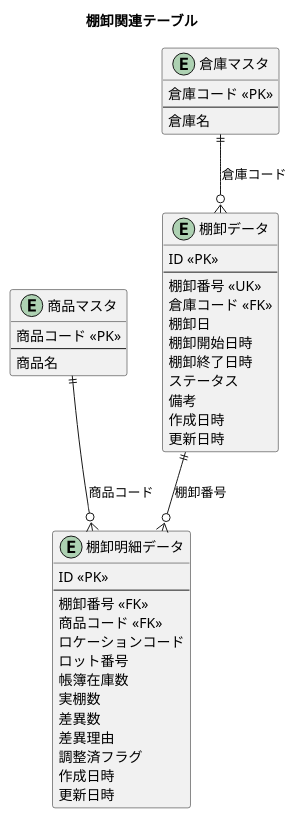
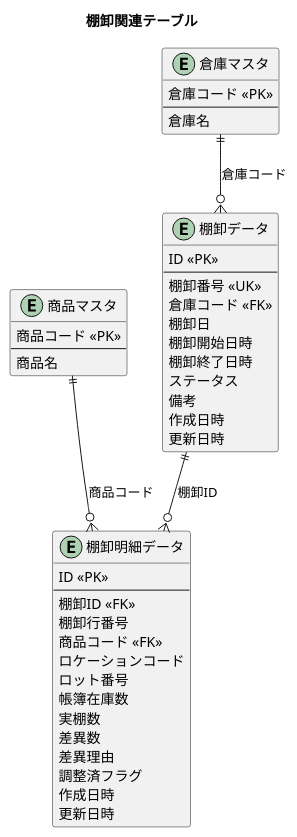
Before and after one commit to k2works/practical-database-design: the seventh of 10 diagrams in docs/article/part2/chapter09.md, drawn with PlantUML. The commit also changed other lines of this file and 4 other files, not shown here.

````diff
--- a/docs/article/part2/chapter09.md
+++ b/docs/article/part2/chapter09.md
@@ -915,53 +902,54 @@
 ```plantuml
 @startuml
 
 title 棚卸関連テーブル
 
 entity 棚卸データ {
   ID <<PK>>
   --
   棚卸番号 <<UK>>
   倉庫コード <<FK>>
   棚卸日
   棚卸開始日時
   棚卸終了日時
   ステータス
   備考
   作成日時
   更新日時
 }
 
 entity 棚卸明細データ {
   ID <<PK>>
   --
-  棚卸番号 <<FK>>
+  棚卸ID <<FK>>
+  棚卸行番号
   商品コード <<FK>>
   ロケーションコード
   ロット番号
   帳簿在庫数
   実棚数
   差異数
   差異理由
   調整済フラグ
   作成日時
   更新日時
 }
 
 entity 倉庫マスタ {
   倉庫コード <<PK>>
   --
   倉庫名
 }
 
 entity 商品マスタ {
   商品コード <<PK>>
   --
   商品名
 }
 
 倉庫マスタ ||--o{ 棚卸データ : 倉庫コード
-棚卸データ ||--o{ 棚卸明細データ : 棚卸番号
+棚卸データ ||--o{ 棚卸明細データ : 棚卸ID
 商品マスタ ||--o{ 棚卸明細データ : 商品コード
 
 @enduml
 ```
````
